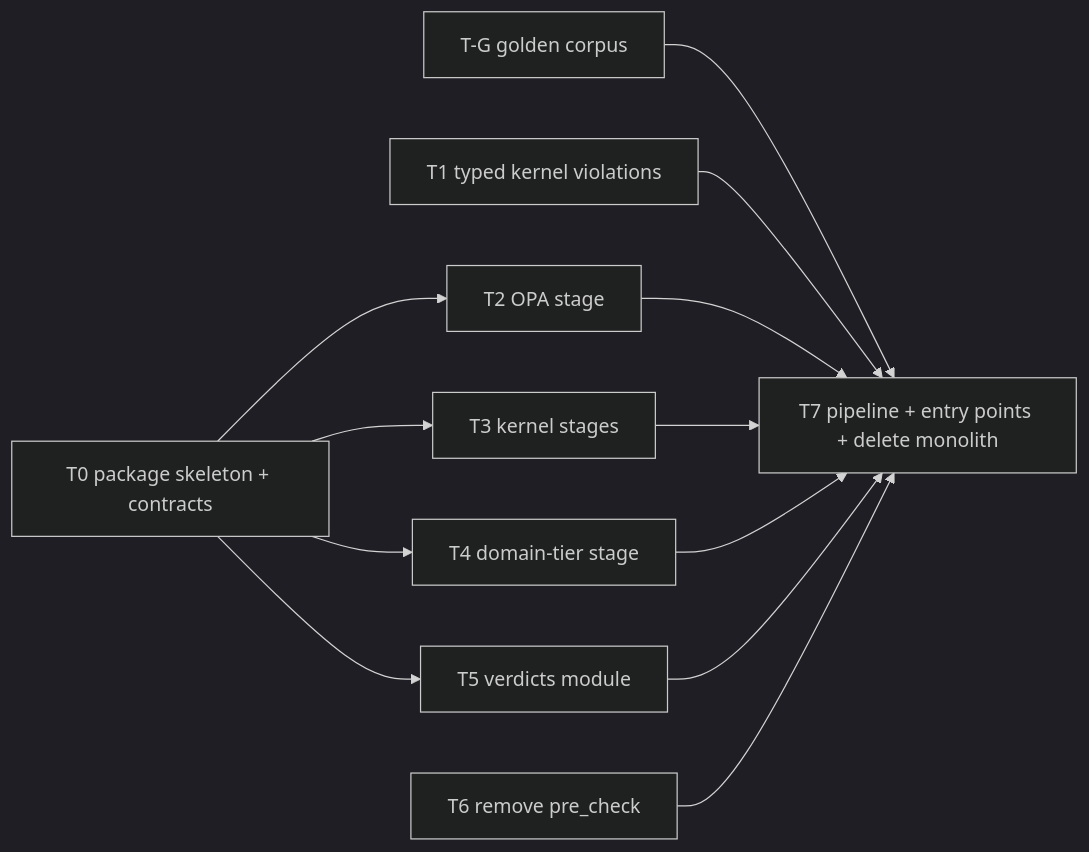
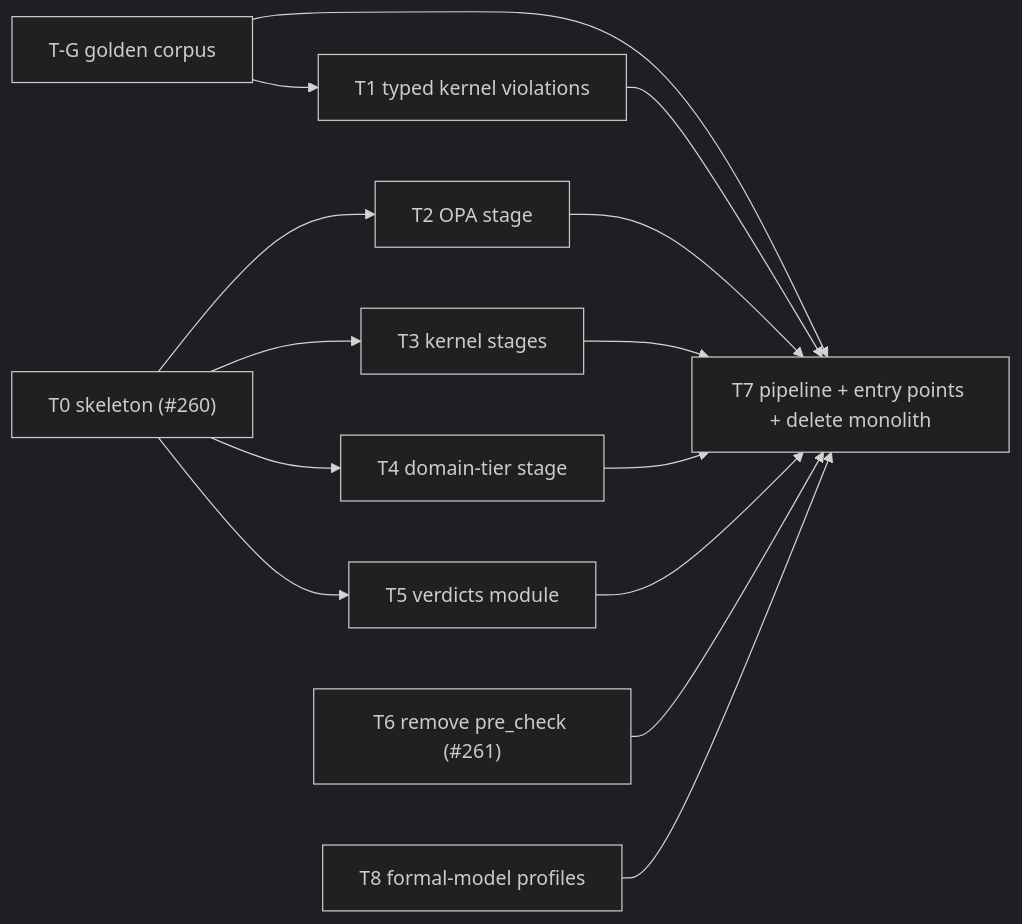
The diagram in plans/pr2_task_prompts.md (google/cybernetic-agent-governance-engine), drawn with Mermaid (dark theme) before and after one commit. The commit also changed other lines of this file, not shown here.

````diff
--- a/plans/pr2_task_prompts.md
+++ b/plans/pr2_task_prompts.md
@@ -18,12 +38,13 @@
 ```mermaid
 flowchart LR
-  G["T-G golden corpus"] --> T7
-  T0["T0 package skeleton + contracts"] --> T2 & T3 & T4 & T5
+  G["T-G golden corpus"] --> T1 & T7
+  T0["T0 skeleton (#260)"] --> T2 & T3 & T4 & T5
   T1["T1 typed kernel violations"] --> T7
   T2["T2 OPA stage"] --> T7
   T3["T3 kernel stages"] --> T7
   T4["T4 domain-tier stage"] --> T7
   T5["T5 verdicts module"] --> T7
-  T6["T6 remove pre_check"] --> T7
+  T6["T6 remove pre_check (#261)"] --> T7
+  T8["T8 formal-model profiles"] --> T7
   T7["T7 pipeline + entry points + delete monolith"]
 ```
````
